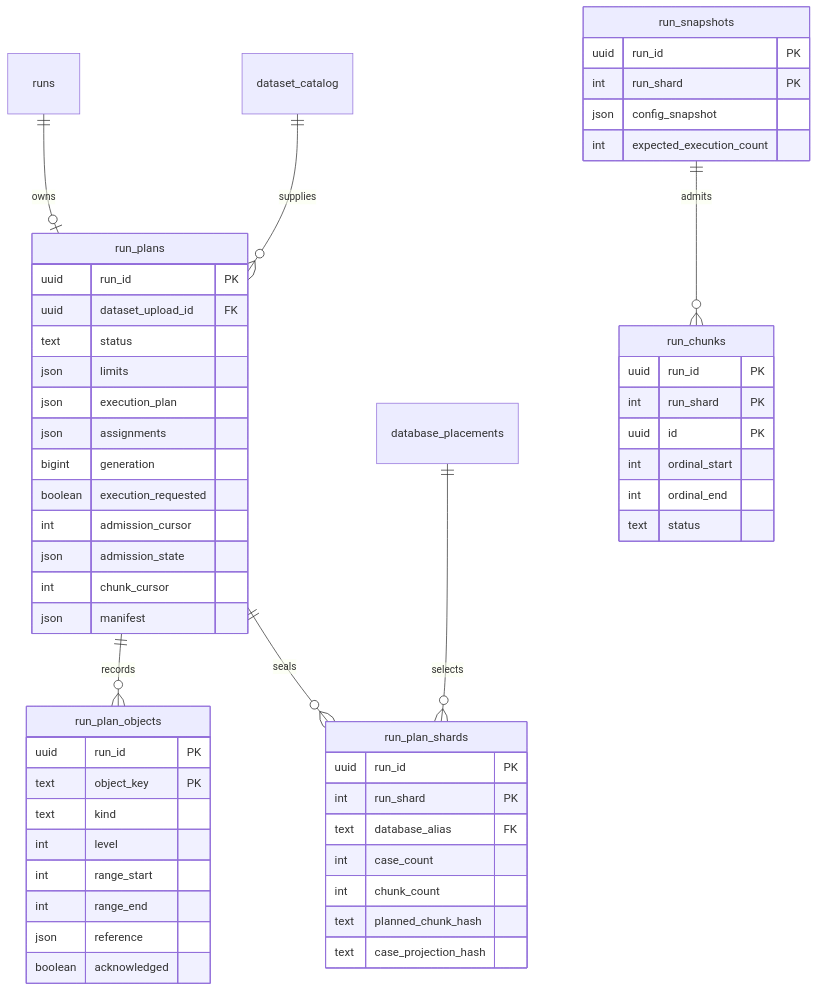
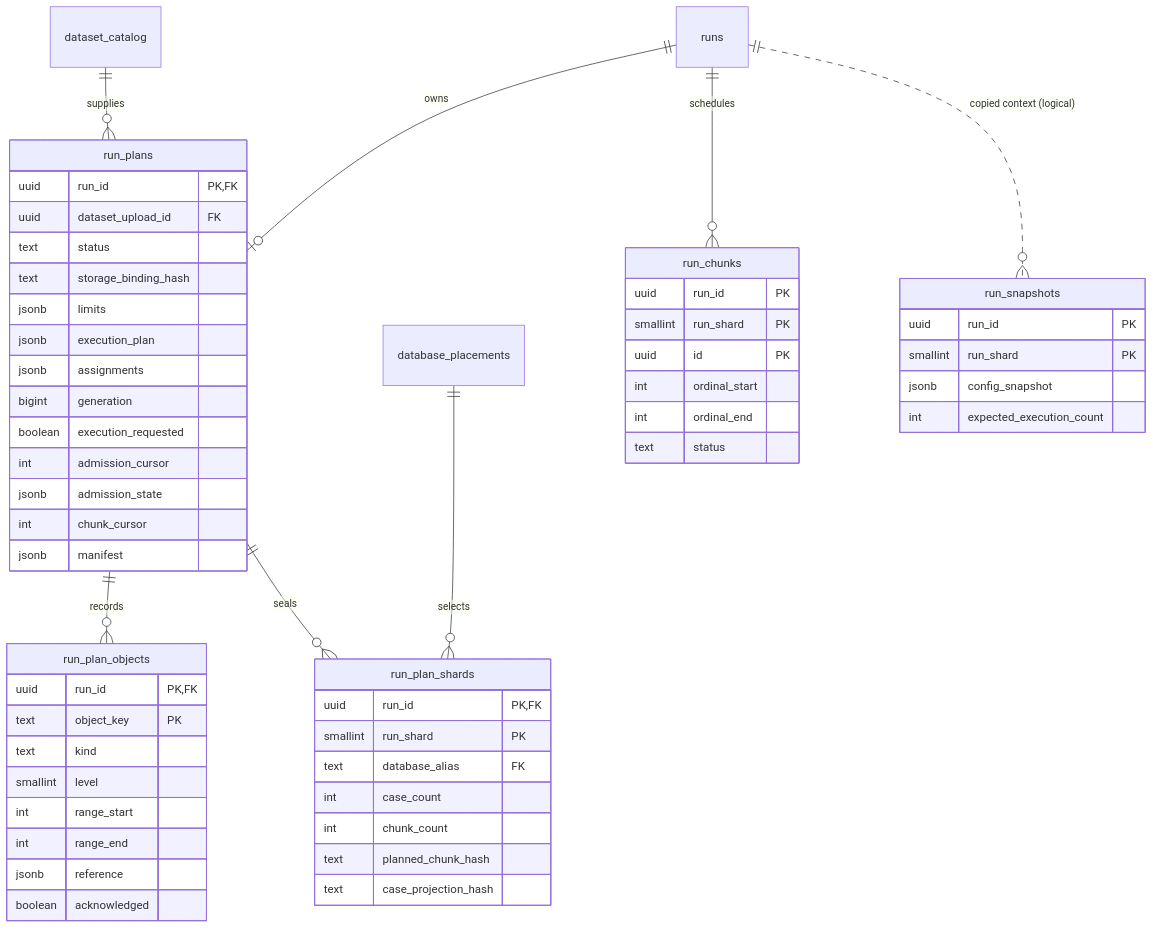
The diagram in web/docs/architecture/case-storage/preparation-data.mmd (agent-vigilo/vigilo), drawn with Mermaid before and after one commit. The commit also changed 104 other files, not shown here.

```diff
--- a/web/docs/architecture/case-storage/preparation-data.mmd
+++ b/web/docs/architecture/case-storage/preparation-data.mmd
@@ -1,54 +1,56 @@
 erDiagram
     runs ||--o| run_plans : owns
     dataset_catalog ||--o{ run_plans : supplies
     run_plans ||--o{ run_plan_objects : records
     run_plans ||--o{ run_plan_shards : seals
     database_placements ||--o{ run_plan_shards : selects
     run_plans {
-        uuid run_id PK
+        uuid run_id PK,FK
         uuid dataset_upload_id FK
         text status
-        json limits
-        json execution_plan
-        json assignments
+        text storage_binding_hash
+        jsonb limits
+        jsonb execution_plan
+        jsonb assignments
         bigint generation
         boolean execution_requested
         int admission_cursor
-        json admission_state
+        jsonb admission_state
         int chunk_cursor
-        json manifest
+        jsonb manifest
     }
     run_plan_objects {
-        uuid run_id PK
+        uuid run_id PK,FK
         text object_key PK
         text kind
-        int level
+        smallint level
         int range_start
         int range_end
-        json reference
+        jsonb reference
         boolean acknowledged
     }
     run_plan_shards {
-        uuid run_id PK
-        int run_shard PK
+        uuid run_id PK,FK
+        smallint run_shard PK
         text database_alias FK
         int case_count
         int chunk_count
         text planned_chunk_hash
         text case_projection_hash
     }
     run_snapshots {
         uuid run_id PK
-        int run_shard PK
-        json config_snapshot
+        smallint run_shard PK
+        jsonb config_snapshot
         int expected_execution_count
     }
     run_chunks {
         uuid run_id PK
-        int run_shard PK
+        smallint run_shard PK
         uuid id PK
         int ordinal_start
         int ordinal_end
         text status
     }
-    run_snapshots ||--o{ run_chunks : admits
+    runs ||--o{ run_chunks : schedules
+    runs ||..o{ run_snapshots : "copied context (logical)"
```
